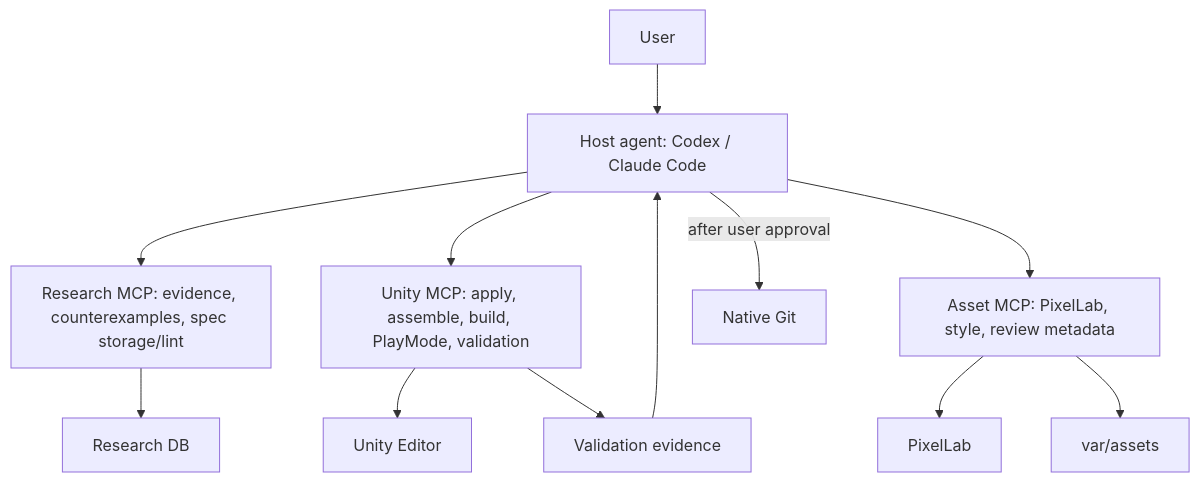
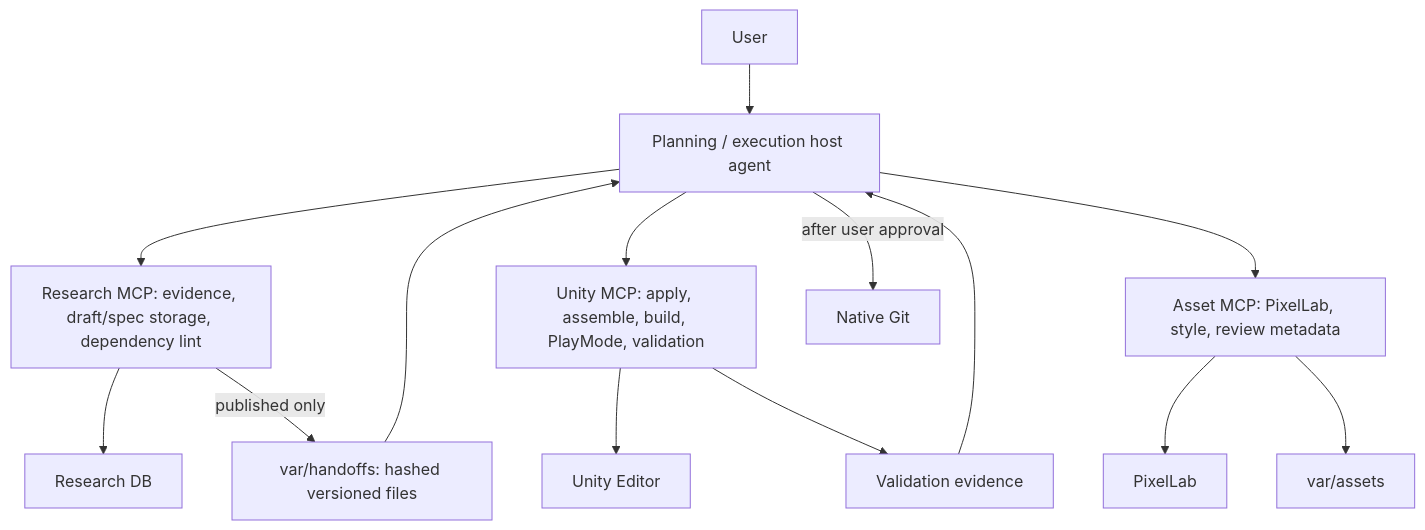
One commit to JugleGame/Game-Develop-Orchestration changed the diagram in docs/architecture.md. Above: the diagram before and after it, drawn with Mermaid. The commit also changed other lines of this file and 21 other files, not shown here.

````diff
--- a/docs/architecture.md
+++ b/docs/architecture.md
@@ -8,13 +8,14 @@
 ```mermaid
 flowchart TB
-    U["User"] --> H["Host agent: Codex / Claude Code"]
-    H --> R["Research MCP: evidence, counterexamples, spec storage/lint"]
+    U["User"] --> H["Planning / execution host agent"]
+    H --> R["Research MCP: evidence, draft/spec storage, dependency lint"]
     H --> N["Unity MCP: apply, assemble, build, PlayMode, validation"]
     H --> A["Asset MCP: PixelLab, style, review metadata"]
     R --> DB["Research DB"]
+    R -->|"published only"| HO["var/handoffs: hashed versioned files"] --> H
     N --> UE["Unity Editor"]
     A --> PX["PixelLab"]
     A --> V["var/assets"]
     N --> E["Validation evidence"] --> H
     H -->|"after user approval"| G["Native Git"]
 ```
````
